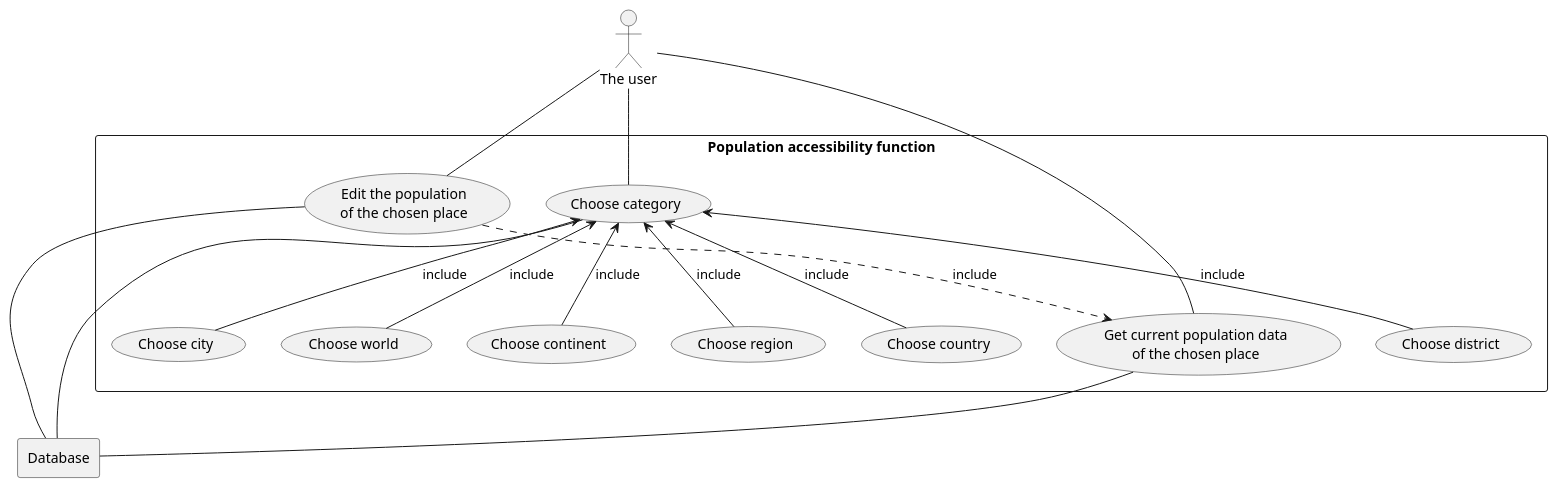
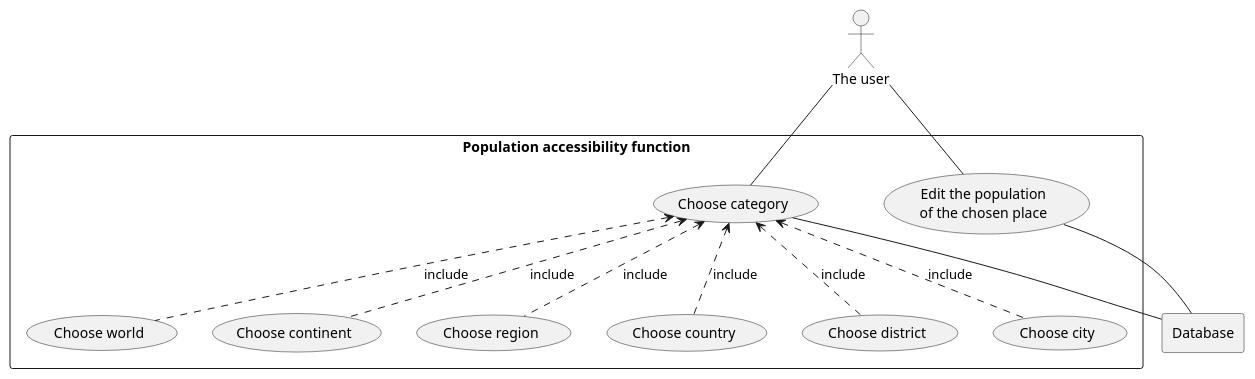
The diagram in use-cases/Population_accessibility_use-case_diagram.puml (Team-3-DevOps/coursework), drawn with PlantUML before and after one commit. The commit also changed 7 other files, not shown here.

Commit message:
Update Use Cases with diagrams

```diff
--- a/use-cases/Population_accessibility_use-case_diagram.puml
+++ b/use-cases/Population_accessibility_use-case_diagram.puml
@@ -1,41 +1,36 @@
 @startuml
 
 actor user as "The user"
 
 rectangle Database
 
 rectangle "Population accessibility function" {
 
 
     usecase world as "Choose world"
     usecase continent as "Choose continent"
     usecase region as "Choose region"
     usecase country as "Choose country"
     usecase district as "Choose district"
     usecase city as "Choose city"
     usecase cc as "Choose category"
-    usecase get as "Get current population data
-    of the chosen place"
     usecase edit as "Edit the population
     of the chosen place"
 
-    user -- get
+    user -- cc
     user -- edit
-    user -- cc
-    cc <-- world : include
-    cc <-- continent : include
-    cc <-- region : include
-    cc <-- country : include
-    cc <-- district : include
-    cc <-- city : include
-    edit ..> get : include
+    cc <.. world : include
+    cc <.. continent : include
+    cc <.. region : include
+    cc <.. country : include
+    cc <.. district : include
+    cc <.. city : include
 
-    get -- Database
-    edit - Database
-    cc - Database
+    edit -- Database
+    cc -- Database
 
 
 
 }
 
 @enduml
```
